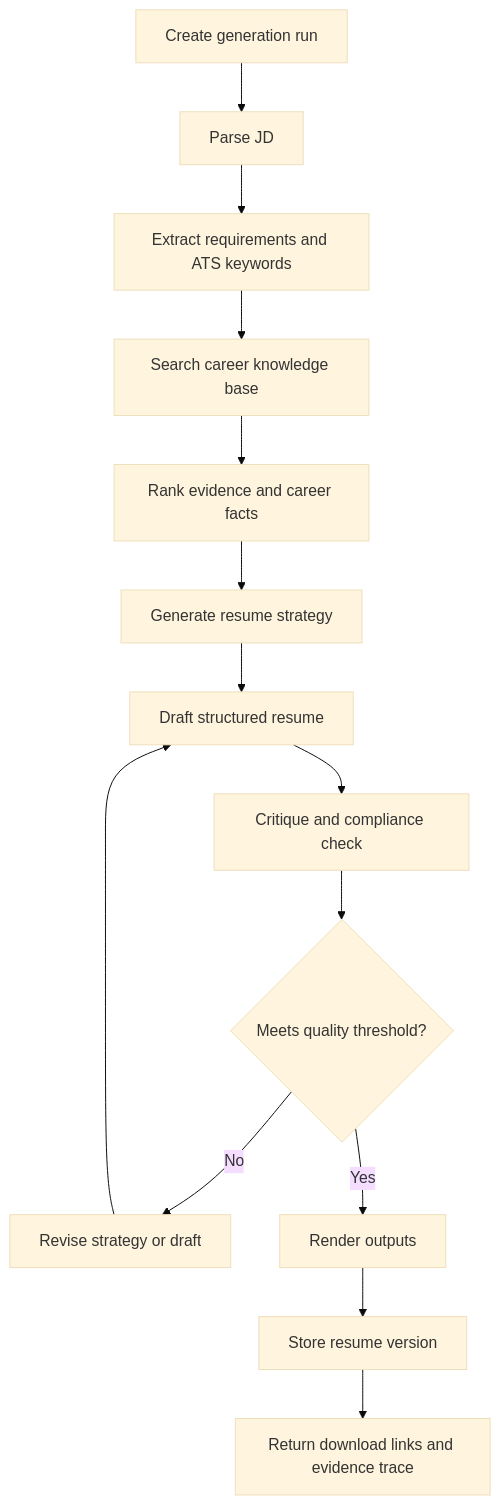
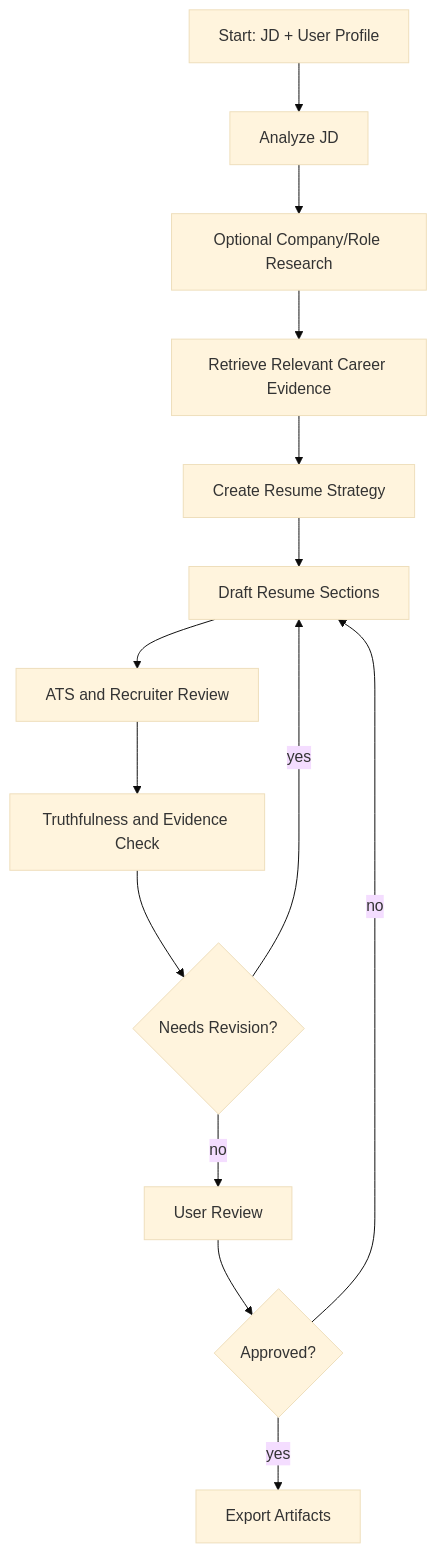
One commit to solki/cv-master changed the first of 2 diagrams in docs/04-agent-workflows.md. Above: the diagram before and after it, drawn with Mermaid (base theme). The commit also changed other lines of this file and 9 other files, not shown here.

````diff
--- a/docs/04-agent-workflows.md
+++ b/docs/04-agent-workflows.md
@@ -12,16 +13,16 @@
 ```mermaid
 flowchart TD
-  A["Create generation run"] --> B["Parse JD"]
-  B --> C["Extract requirements and ATS keywords"]
-  C --> D["Search career knowledge base"]
-  D --> E["Rank evidence and career facts"]
-  E --> F["Generate resume strategy"]
-  F --> G["Draft structured resume"]
-  G --> H["Critique and compliance check"]
-  H --> I{"Meets quality threshold?"}
-  I -- "No" --> J["Revise strategy or draft"]
-  J --> G
-  I -- "Yes" --> K["Render outputs"]
-  K --> L["Store resume version"]
-  L --> M["Return download links and evidence trace"]
+  Start["Start: JD + User Profile"] --> AnalyzeJD["Analyze JD"]
+  AnalyzeJD --> Research["Optional Company/Role Research"]
+  Research --> Retrieve["Retrieve Relevant Career Evidence"]
+  Retrieve --> Strategy["Create Resume Strategy"]
+  Strategy --> Draft["Draft Resume Sections"]
+  Draft --> ATSReview["ATS and Recruiter Review"]
+  ATSReview --> Grounding["Truthfulness and Evidence Check"]
+  Grounding --> NeedsFix{"Needs Revision?"}
+  NeedsFix -- yes --> Draft
+  NeedsFix -- no --> UserReview["User Review"]
+  UserReview --> Approved{"Approved?"}
+  Approved -- no --> Draft
+  Approved -- yes --> Export["Export Artifacts"]
 ```
````
